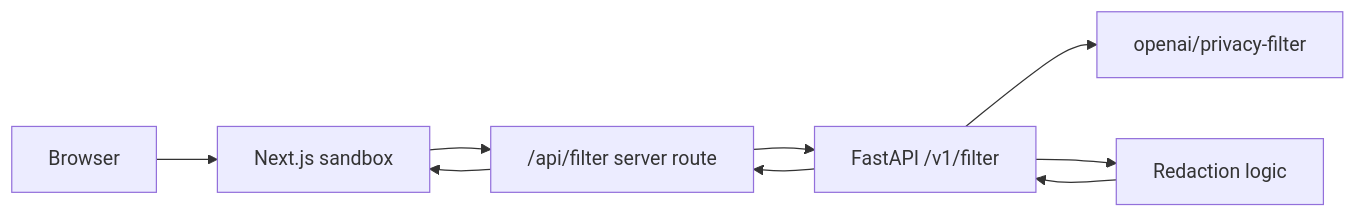
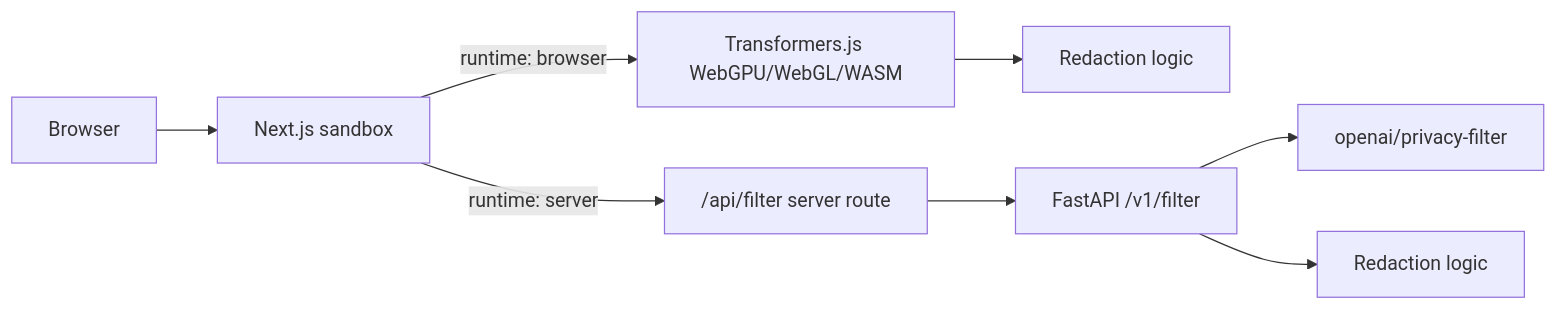
The diagram in README.md (shiftbloom-studio/openai-privacy-filter-api), drawn with Mermaid before and after one commit. The commit also changed other lines of this file and 17 other files, not shown here.

````diff
--- a/README.md
+++ b/README.md
@@ -28,11 +37,10 @@
 ```mermaid
 flowchart LR
   User["Browser"] --> Web["Next.js sandbox"]
-  Web --> Proxy["/api/filter server route"]
+  Web -->|"runtime: browser"| InBrowser["Transformers.js WebGPU/WebGL/WASM"]
+  InBrowser --> RedactionB["Redaction logic"]
+  Web -->|"runtime: server"| Proxy["/api/filter server route"]
   Proxy --> API["FastAPI /v1/filter"]
   API --> Model["openai/privacy-filter"]
-  API --> Redaction["Redaction logic"]
-  Redaction --> API
-  API --> Proxy
-  Proxy --> Web
+  API --> RedactionS["Redaction logic"]
 ```
````
